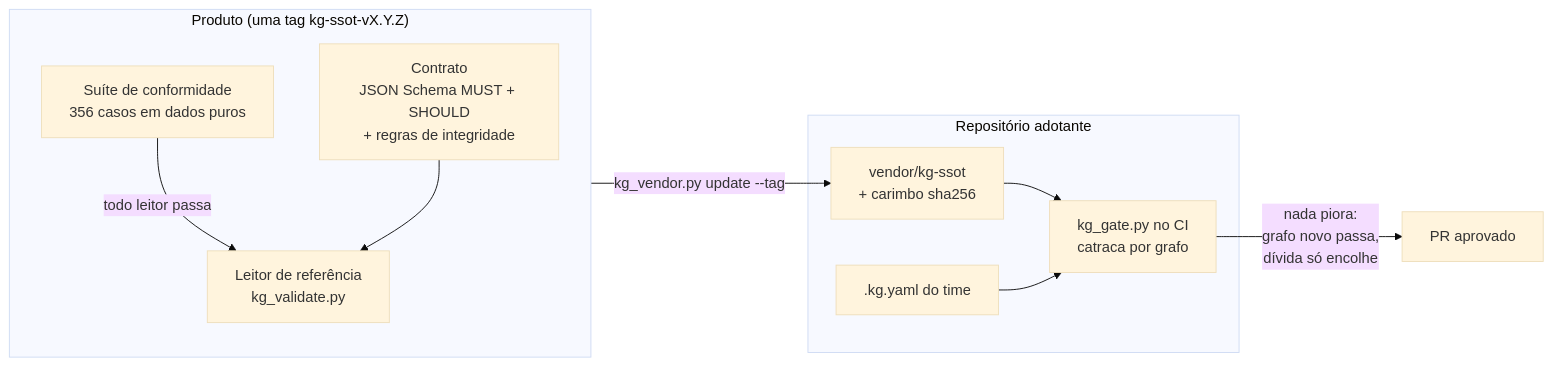
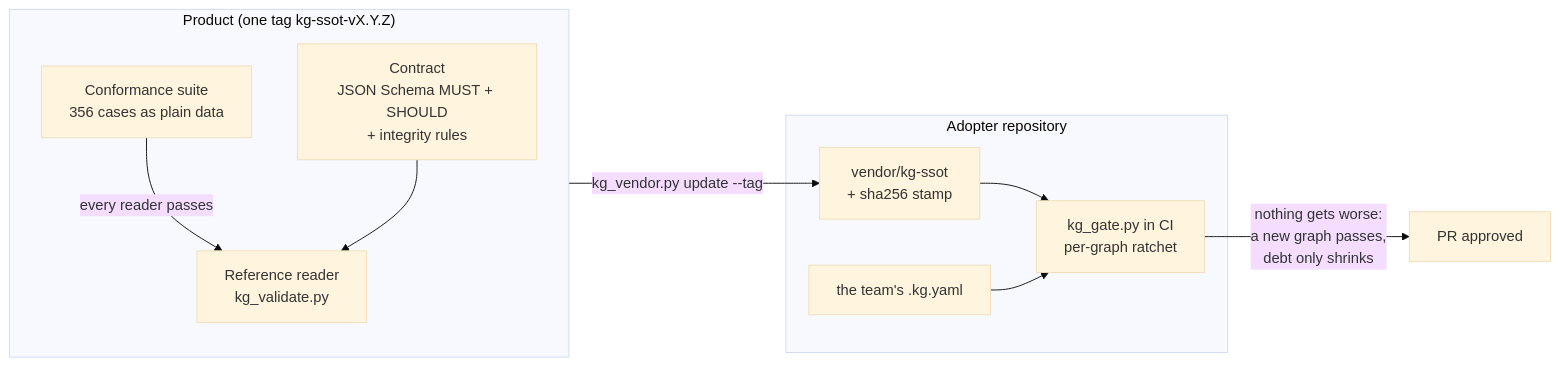
One commit to marciocar/kg-ssot changed the diagram in README.md. Above: the diagram before and after it, drawn with Mermaid (base theme). The commit also changed other lines of this file and 66 other files, not shown here.

````diff
--- a/README.md
+++ b/README.md
@@ -90,19 +122,19 @@
 ```mermaid
 flowchart LR
-  subgraph produto["Produto (uma tag kg-ssot-vX.Y.Z)"]
-    C["Contrato<br/>JSON Schema MUST + SHOULD<br/>+ regras de integridade"]
-    S["Suíte de conformidade<br/>356 casos em dados puros"]
-    R["Leitor de referência<br/>kg_validate.py"]
-    S -- "todo leitor passa" --> R
+  subgraph product["Product (one tag kg-ssot-vX.Y.Z)"]
+    C["Contract<br/>JSON Schema MUST + SHOULD<br/>+ integrity rules"]
+    S["Conformance suite<br/>356 cases as plain data"]
+    R["Reference reader<br/>kg_validate.py"]
+    S -- "every reader passes" --> R
     C --> R
   end
-  subgraph adotante["Repositório adotante"]
-    V["vendor/kg-ssot<br/>+ carimbo sha256"]
-    G["kg_gate.py no CI<br/>catraca por grafo"]
-    K[".kg.yaml do time"]
+  subgraph adopter["Adopter repository"]
+    V["vendor/kg-ssot<br/>+ sha256 stamp"]
+    G["kg_gate.py in CI<br/>per-graph ratchet"]
+    K["the team's .kg.yaml"]
     V --> G
     K --> G
   end
-  produto -- "kg_vendor.py update --tag" --> V
-  G -- "nada piora:<br/>grafo novo passa,<br/>dívida só encolhe" --> PR["PR aprovado"]
+  product -- "kg_vendor.py update --tag" --> V
+  G -- "nothing gets worse:<br/>a new graph passes,<br/>debt only shrinks" --> PR["PR approved"]
 ```
````
